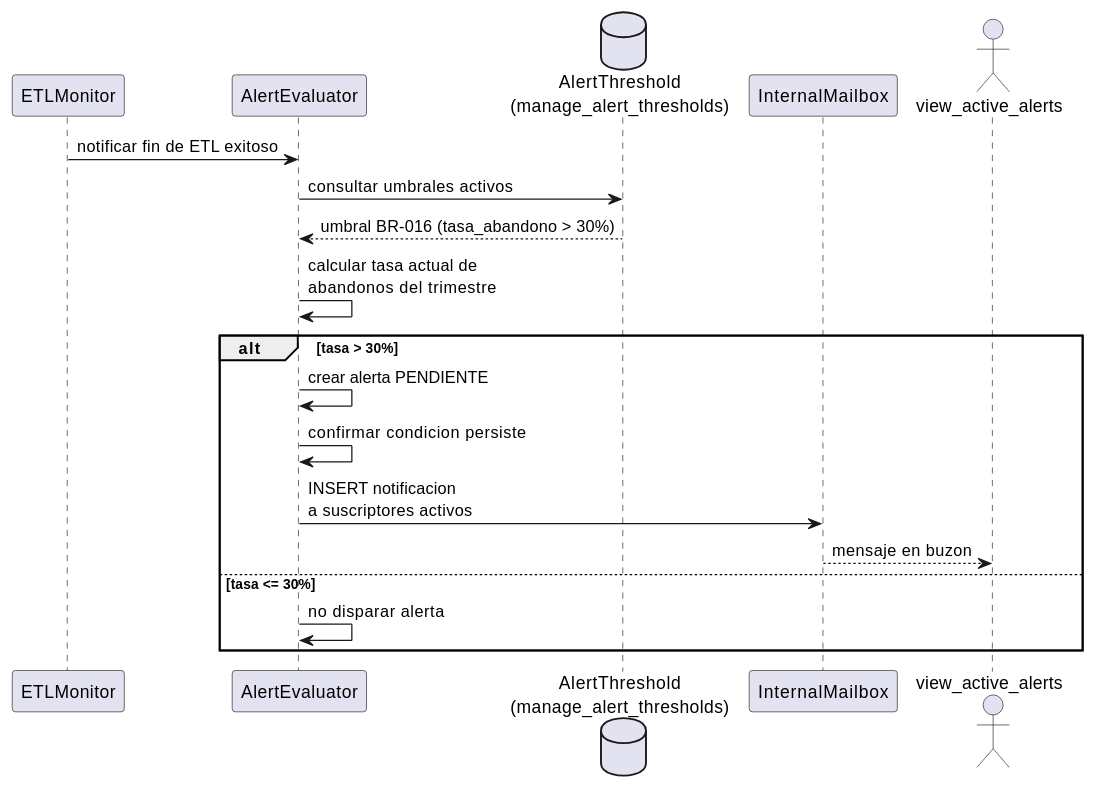
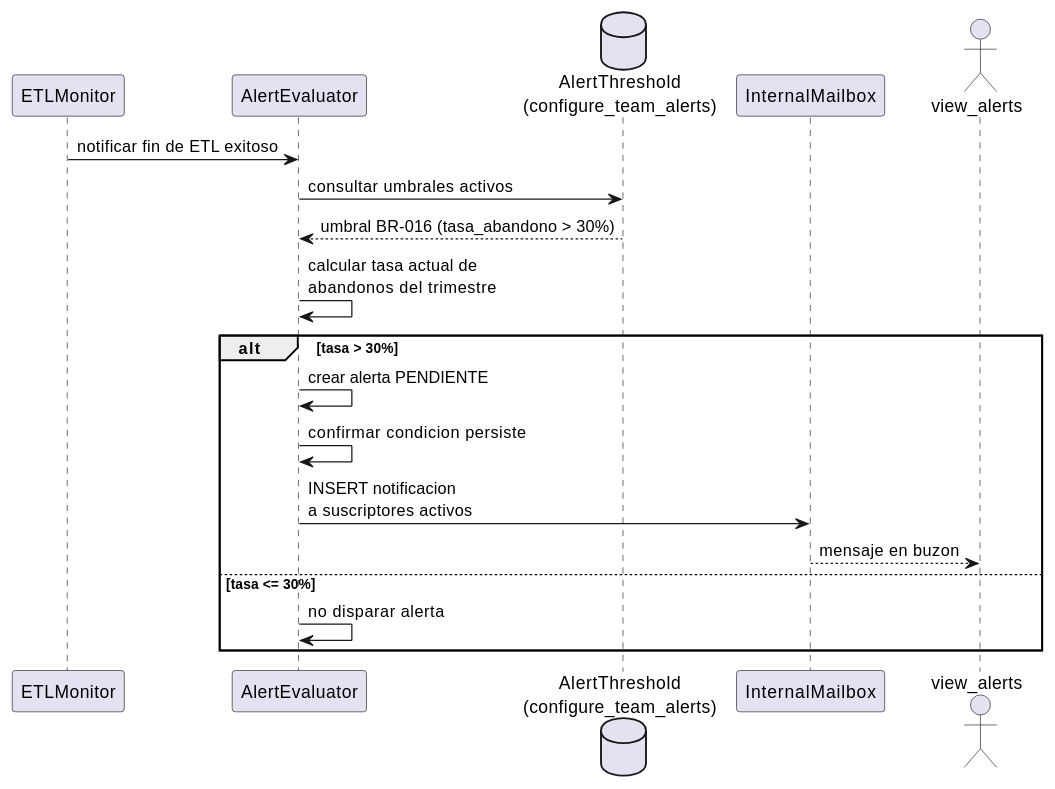
Before and after one commit to jcg-admin/IACT-docs: the second of 3 diagrams in source/arquitectura-tecnica/modulos/alerts/diagramas.rst, drawn with PlantUML. The commit also changed other lines of this file and 157 other files, not shown here.

First line of the commit message:
Enforce catalog function names across all diagrams

```diff
--- a/source/arquitectura-tecnica/modulos/alerts/diagramas.rst
+++ b/source/arquitectura-tecnica/modulos/alerts/diagramas.rst
@@ -40,25 +40,25 @@
 .. uml::
  :caption: Disparo automatico de alerta por tasa de abandono (BR-016 >30%).
 
  @startuml
 
  participant "ETLMonitor" as ETL
  participant "AlertEvaluator" as AE
- database "AlertThreshold\n(manage_alert_thresholds)" as TH
+ database "AlertThreshold\n(configure_team_alerts)" as TH
  participant "InternalMailbox" as MB
- actor "view_active_alerts" as USR
+ actor "view_alerts" as USR
 
  ETL -> AE : notificar fin de ETL exitoso
  AE -> TH : consultar umbrales activos
  TH --> AE : umbral BR-016 (tasa_abandono > 30%)
  AE -> AE : calcular tasa actual de\nabandonos del trimestre
  alt tasa > 30%
    AE -> AE : crear alerta PENDIENTE
    AE -> AE : confirmar condicion persiste
    AE -> MB : INSERT notificacion\na suscriptores activos
    MB --> USR : mensaje en buzon
  else tasa <= 30%
    AE -> AE : no disparar alerta
  end
 
  @enduml
```
